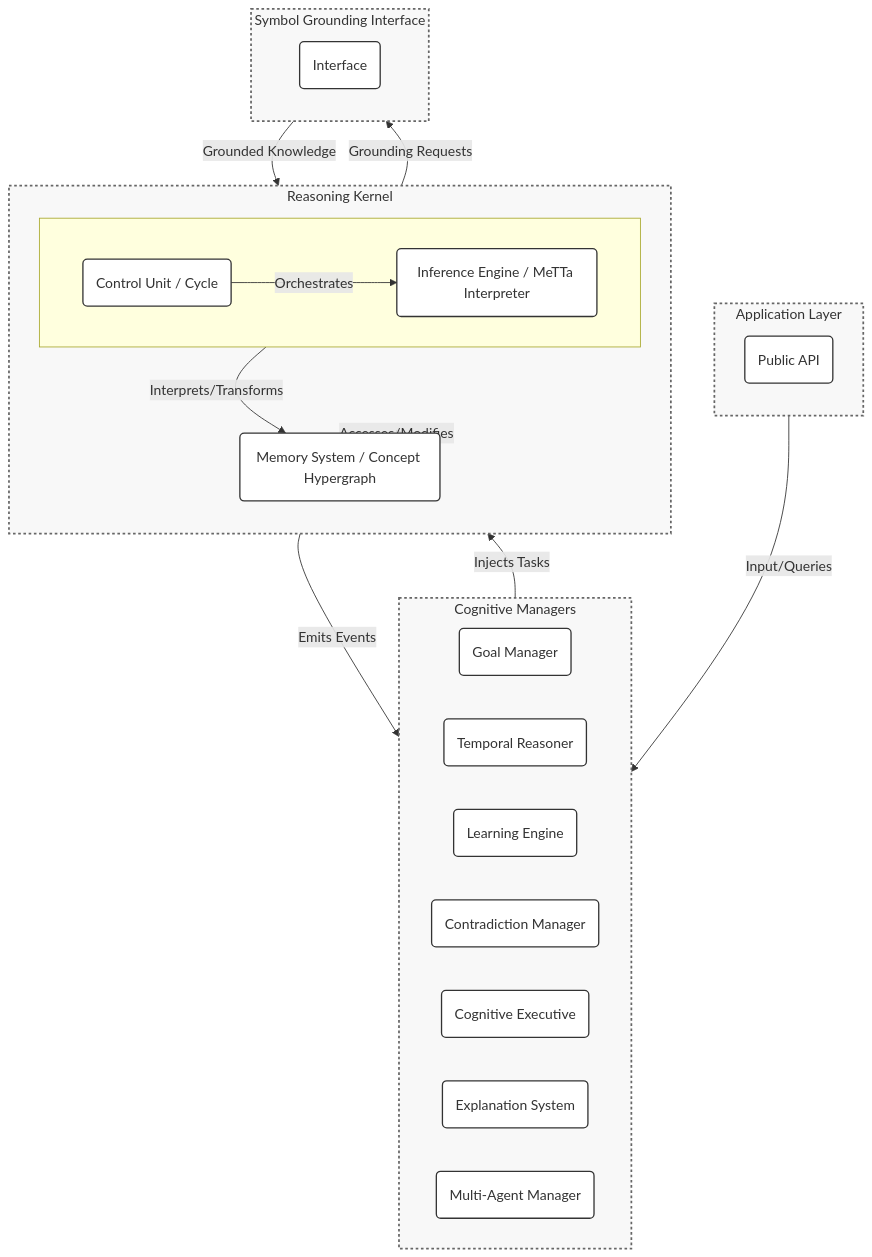
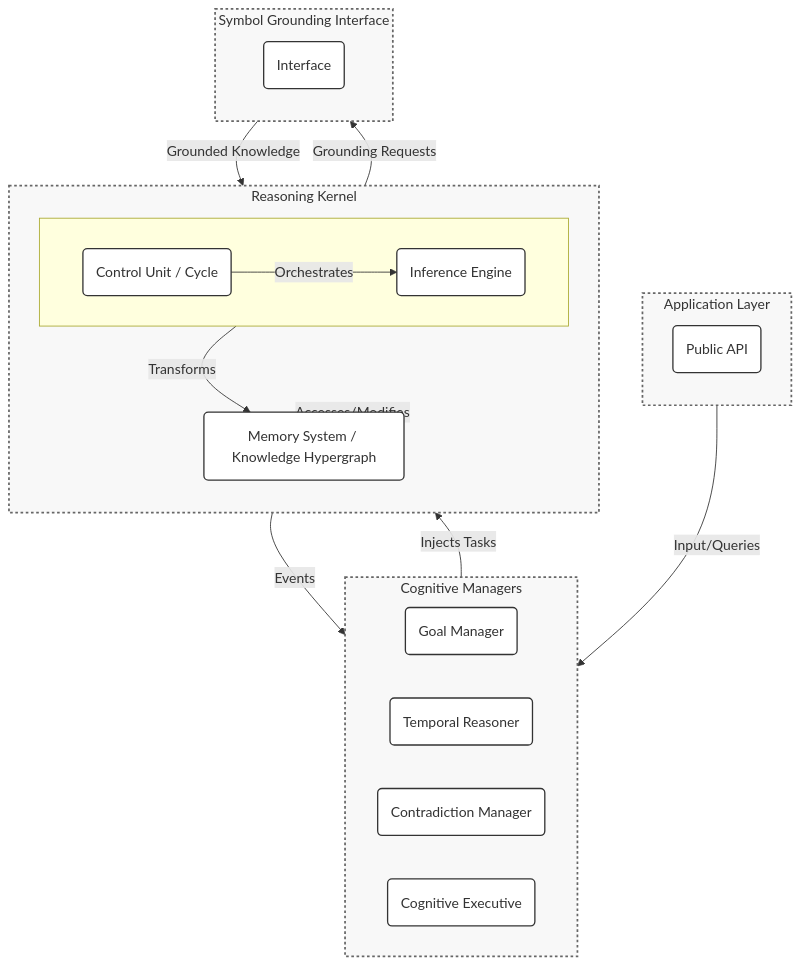
One commit to automenta/hypernars2 changed the diagram in README.md. Above: the diagram before and after it, drawn with Mermaid. The commit also changed other lines of this file, not shown here.

````diff
--- a/README.md
+++ b/README.md
@@ -75,46 +22,43 @@
 ```mermaid
 graph TD
     subgraph AppLayer [Application Layer]
         direction TB
         API(Public API)
     end
 
     subgraph CogManagers [Cognitive Managers]
         direction LR
         GoalManager(Goal Manager)
         TemporalReasoner(Temporal Reasoner)
-        LearningEngine(Learning Engine)
         ContradictionManager(Contradiction Manager)
         MetaReasoner(Cognitive Executive)
-        ExplanationSystem(Explanation System)
-        MultiAgentManager(Multi-Agent Manager)
     end
 
     subgraph Kernel [Reasoning Kernel]
         direction TB
         subgraph ControlInference [ ]
             direction LR
             ControlUnit(Control Unit / Cycle)
-            InferenceEngine(Inference Engine / MeTTa Interpreter)
+            InferenceEngine(Inference Engine)
         end
-        MemorySystem(Memory System / Concept Hypergraph)
+        MemorySystem(Memory System / Knowledge Hypergraph)
     end
 
     subgraph Grounding [Symbol Grounding Interface]
         direction TB
         GroundingInterface(Interface)
     end
 
     API -- "Input/Queries" --> CogManagers
     CogManagers -- "Injects Tasks" --> Kernel
-    Kernel -- "Emits Events" --> CogManagers
+    Kernel -- "Events" --> CogManagers
     Kernel -- "Accesses/Modifies" --> MemorySystem
-    InferenceEngine -- "Interprets/Transforms" --> MemorySystem
+    InferenceEngine -- "Transforms" --> MemorySystem
     ControlUnit -- "Orchestrates" --> InferenceEngine
     Kernel -- "Grounding Requests" --> Grounding
     Grounding -- "Grounded Knowledge" --> Kernel
 
     classDef default fill:#fff,stroke:#333,stroke-width:1.5px;
     classDef layer fill:#f8f8f8,stroke:#666,stroke-width:2px,stroke-dasharray: 3 3;
     class AppLayer,CogManagers,Kernel,Grounding layer;
 ```
````
